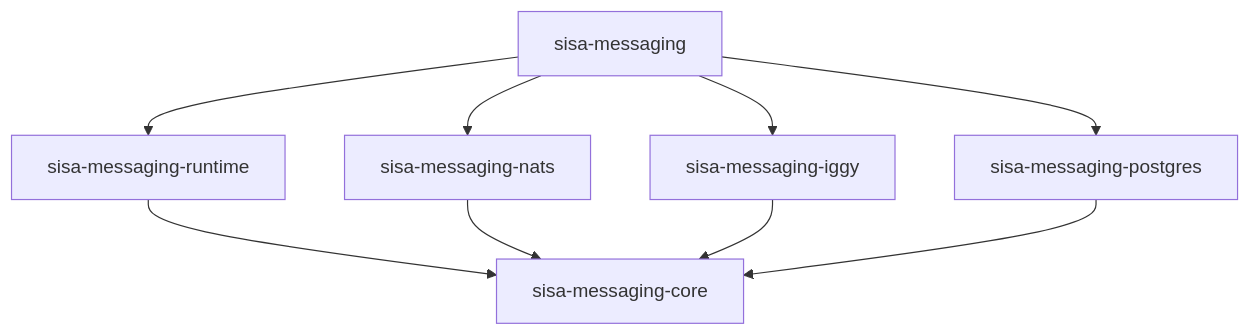
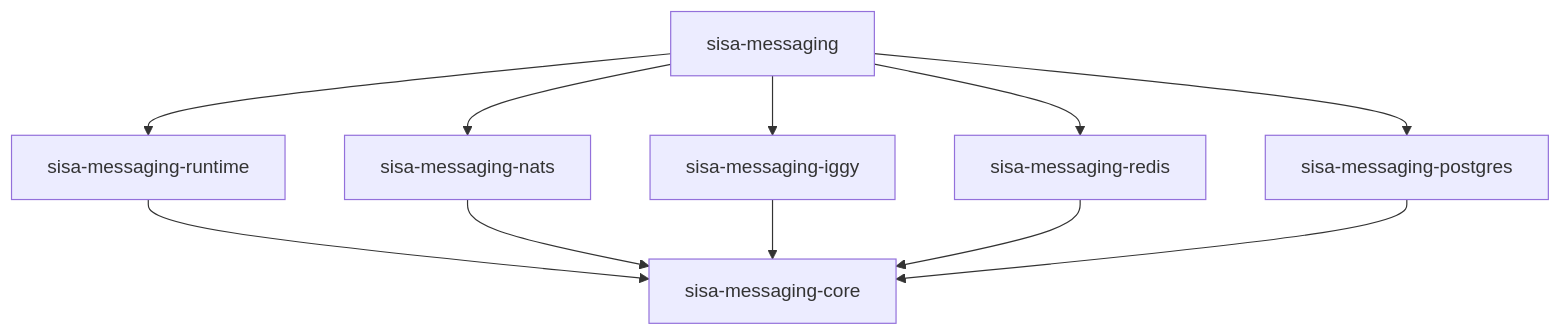
One commit to sisaio/sisa-messaging-rs changed the diagram in docs/01-architecture.md. Above: the diagram before and after it, drawn with Mermaid. The commit also changed other lines of this file and 6 other files, not shown here.

````diff
--- a/docs/01-architecture.md
+++ b/docs/01-architecture.md
@@ -44,11 +44,13 @@
 ```mermaid
 flowchart TD
     facade[sisa-messaging] --> runtime[sisa-messaging-runtime]
     facade --> nats[sisa-messaging-nats]
     facade --> iggy[sisa-messaging-iggy]
+    facade --> redis[sisa-messaging-redis]
     facade --> postgres[sisa-messaging-postgres]
     runtime --> core[sisa-messaging-core]
     nats --> core
     iggy --> core
+    redis --> core
     postgres --> core
 ```
````
